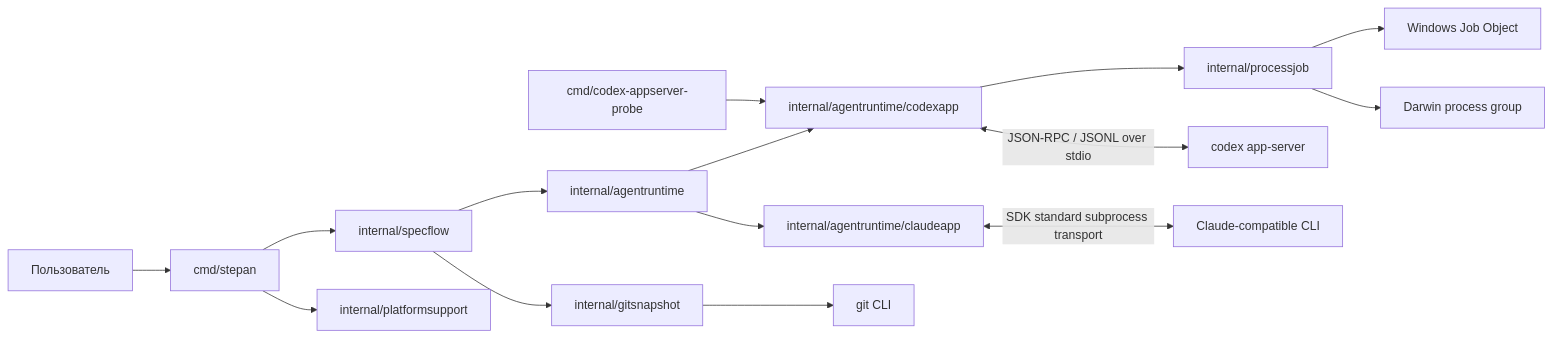
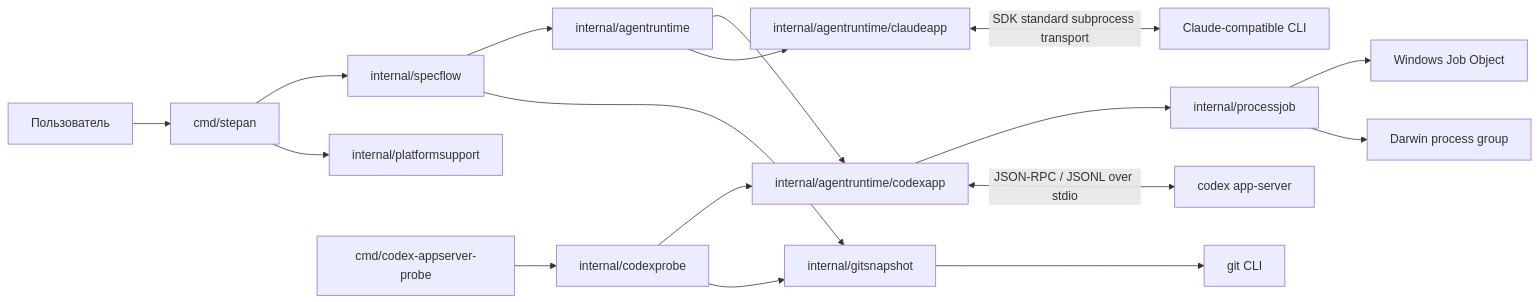
One commit to AndrMoiseev/stepan changed the first of 2 diagrams in docs/adr/0002-current-stack-and-architecture.md. Above: the diagram before and after it, drawn with Mermaid. The commit also changed other lines of this file and 22 other files, not shown here.

````diff
--- a/docs/adr/0002-current-stack-and-architecture.md
+++ b/docs/adr/0002-current-stack-and-architecture.md
@@ -43,18 +43,20 @@
 ```mermaid
 flowchart LR
     User[Пользователь] --> CLI[cmd/stepan]
     CLI --> Flow[internal/specflow]
     Flow --> Contract[internal/agentruntime]
     Contract --> App[internal/agentruntime/codexapp]
     Contract --> Claude[internal/agentruntime/claudeapp]
     Flow --> Git[internal/gitsnapshot]
     App --> Job[internal/processjob]
+    Probe[internal/codexprobe] --> App
+    Probe --> Git
     CLI --> Platform[internal/platformsupport]
     App <-->|JSON-RPC / JSONL over stdio| Codex[codex app-server]
     Claude <-->|SDK standard subprocess transport| ClaudeCLI[Claude-compatible CLI]
     Git --> GitCLI[git CLI]
     Job --> Win[Windows Job Object]
     Job --> Mac[Darwin process group]
 
-    Probe1[cmd/codex-appserver-probe] --> App
+    Probe1[cmd/codex-appserver-probe] --> Probe
 ```
````
